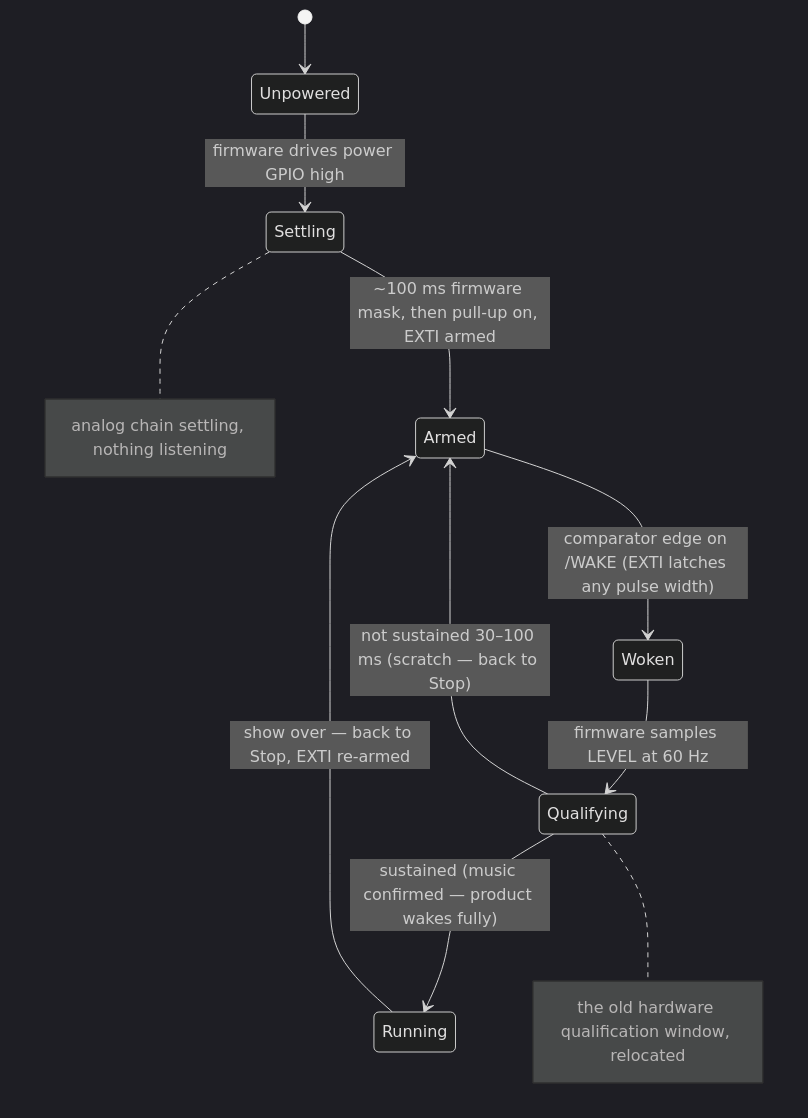
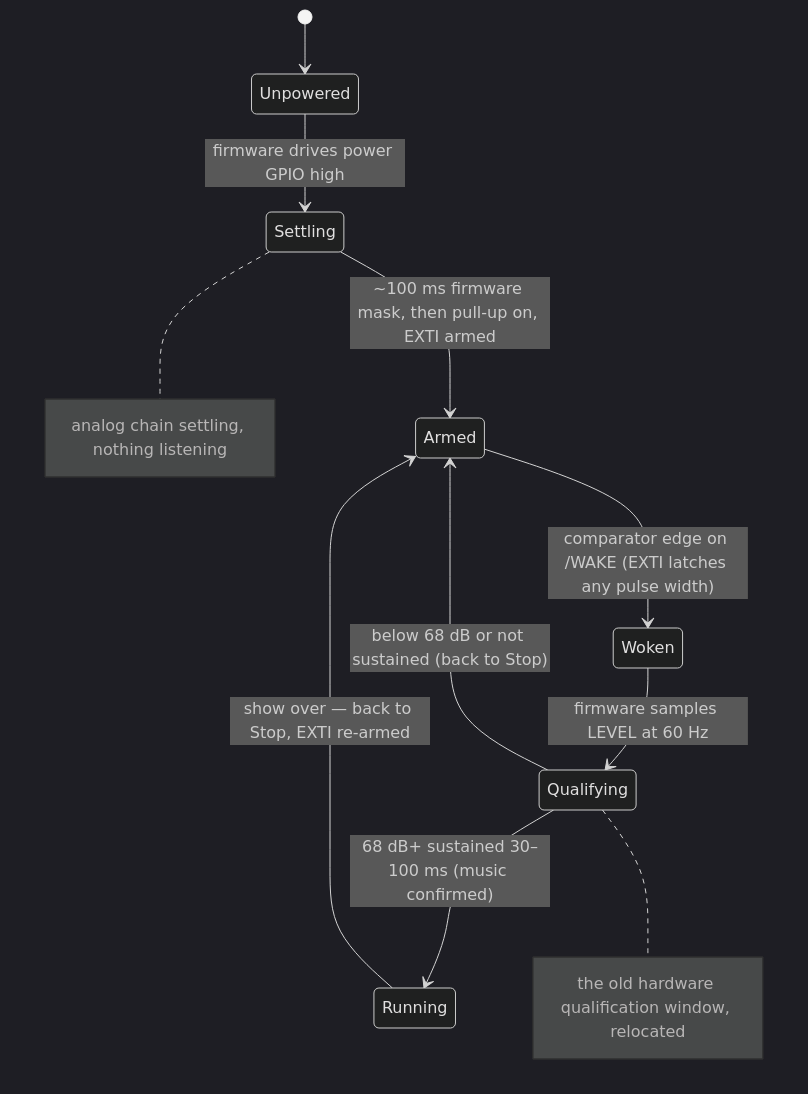
One commit to zackees/soundwake changed the sixth of 6 diagrams in README.md. Above: the diagram before and after it, drawn with Mermaid (dark theme). The commit also changed other lines of this file, not shown here.

````diff
--- a/README.md
+++ b/README.md
@@ -152,13 +154,13 @@
 ```mermaid
 stateDiagram-v2
     [*] --> Unpowered
     Unpowered --> Settling : firmware drives power GPIO high
     Settling --> Armed : ~100 ms firmware mask, then pull-up on, EXTI armed
     Armed --> Woken : comparator edge on /WAKE (EXTI latches any pulse width)
     Woken --> Qualifying : firmware samples LEVEL at 60 Hz
-    Qualifying --> Armed : not sustained 30–100 ms (scratch — back to Stop)
-    Qualifying --> Running : sustained (music confirmed — product wakes fully)
+    Qualifying --> Armed : below 68 dB or not sustained (back to Stop)
+    Qualifying --> Running : 68 dB+ sustained 30–100 ms (music confirmed)
     Running --> Armed : show over — back to Stop, EXTI re-armed
     note right of Settling : analog chain settling, nothing listening
     note right of Qualifying : the old hardware qualification window, relocated
 ```
````
